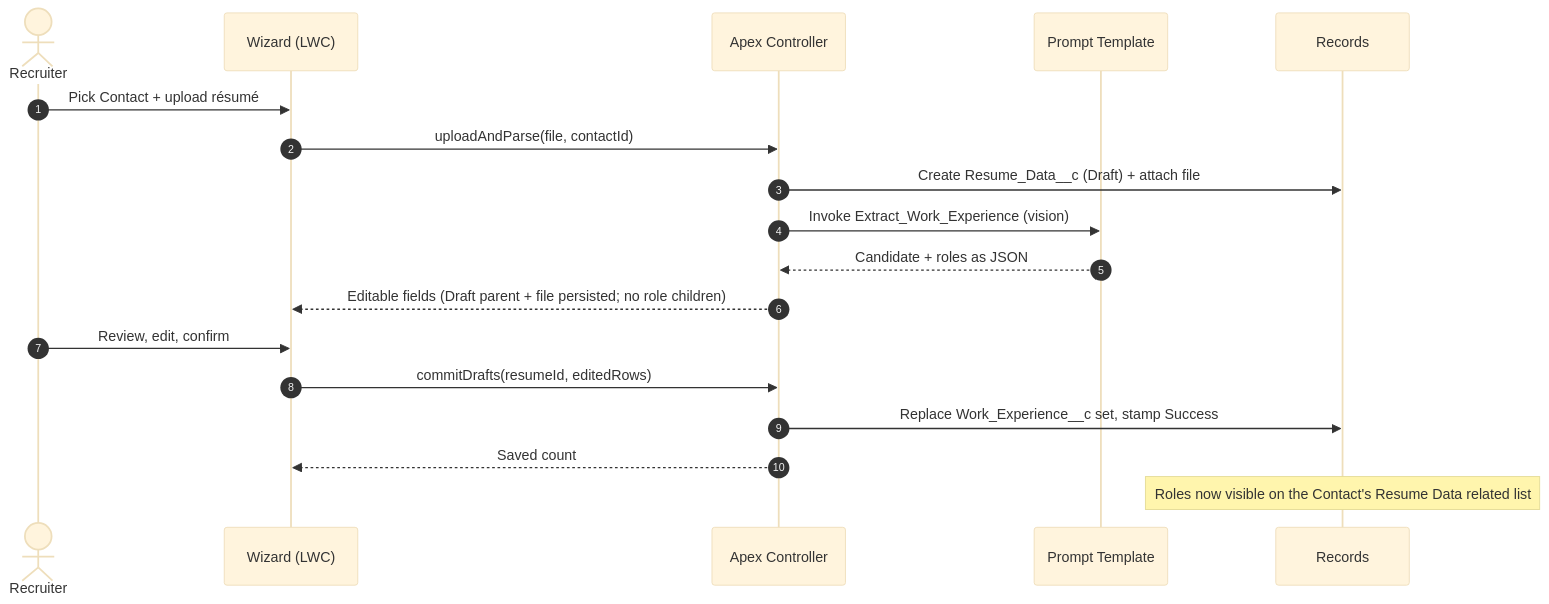
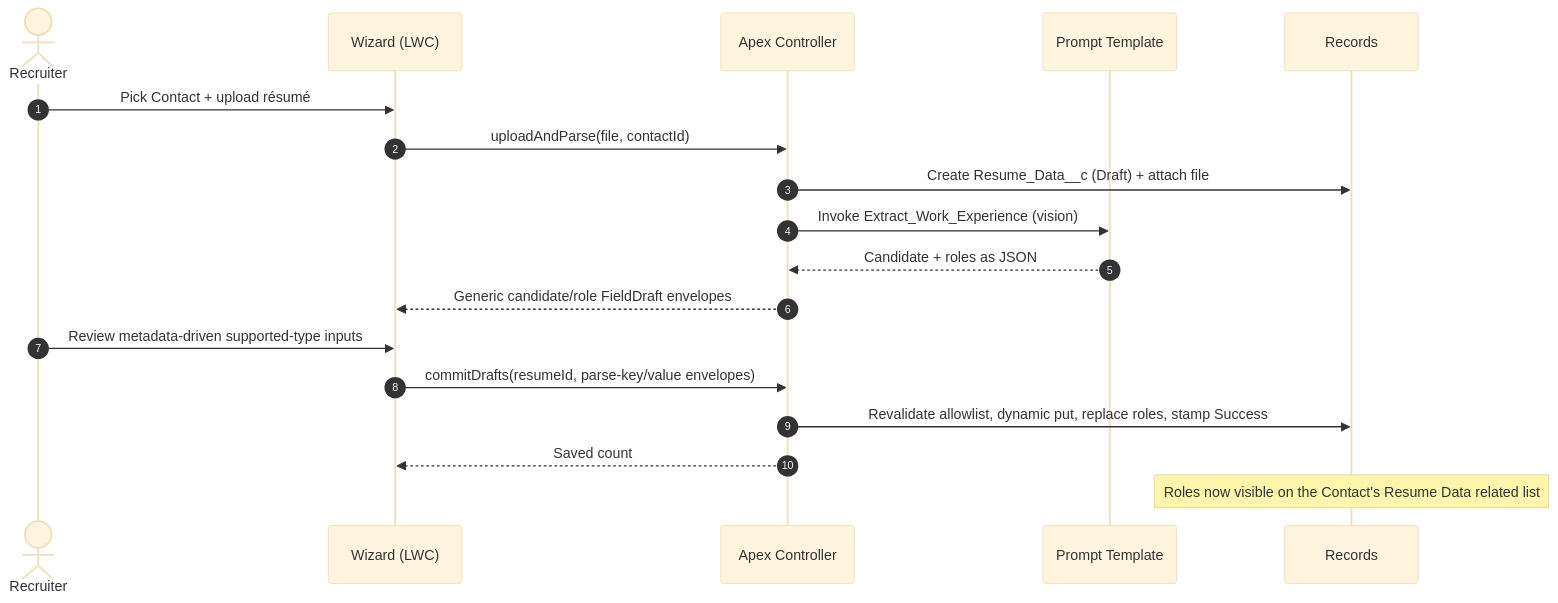
One commit to salesforce/Resume_Parser changed the third of 6 diagrams in RESUME_PARSER_ARCHITECTURE.md. Above: the diagram before and after it, drawn with Mermaid (base theme). The commit also changed other lines of this file and 22 other files, not shown here.

Commit message:
Add bounded generic resume field runtime

````diff
--- a/RESUME_PARSER_ARCHITECTURE.md
+++ b/RESUME_PARSER_ARCHITECTURE.md
@@ -92,21 +92,21 @@
 ```mermaid
 sequenceDiagram
     autonumber
     actor U as Recruiter
     participant W as Wizard (LWC)
     participant A as Apex Controller
     participant P as Prompt Template
     participant D as Records
 
     U->>W: Pick Contact + upload résumé
     W->>A: uploadAndParse(file, contactId)
     A->>D: Create Resume_Data__c (Draft) + attach file
     A->>P: Invoke Extract_Work_Experience (vision)
     P-->>A: Candidate + roles as JSON
-    A-->>W: Editable fields (Draft parent + file persisted#59; no role children)
-    U->>W: Review, edit, confirm
-    W->>A: commitDrafts(resumeId, editedRows)
-    A->>D: Replace Work_Experience__c set, stamp Success
+    A-->>W: Generic candidate/role FieldDraft envelopes
+    U->>W: Review metadata-driven supported-type inputs
+    W->>A: commitDrafts(resumeId, parse-key/value envelopes)
+    A->>D: Revalidate allowlist, dynamic put, replace roles, stamp Success
     A-->>W: Saved count
     Note over D: Roles now visible on the Contact's Resume Data related list
 ```
````
